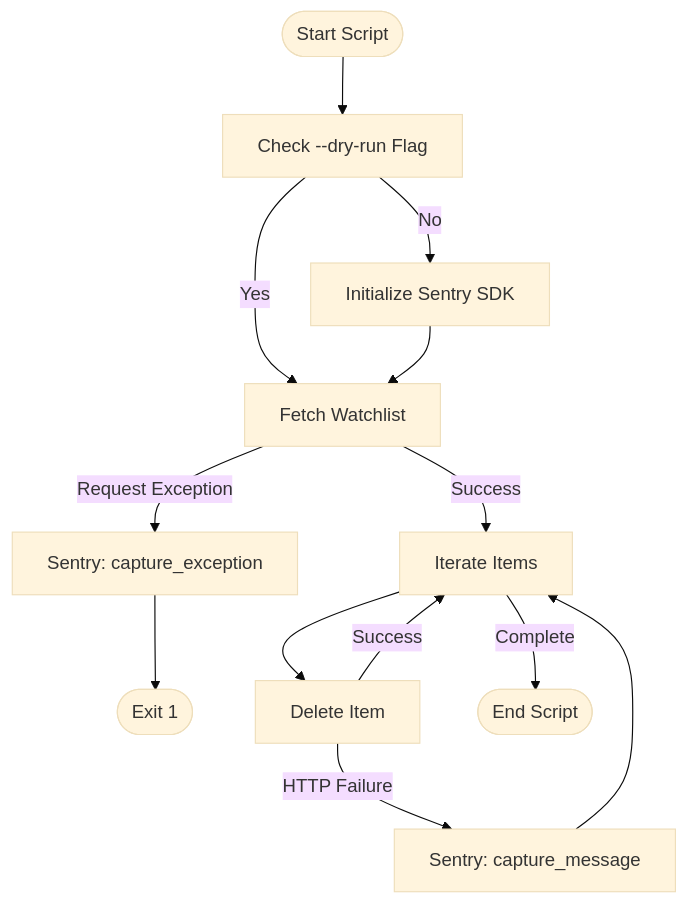
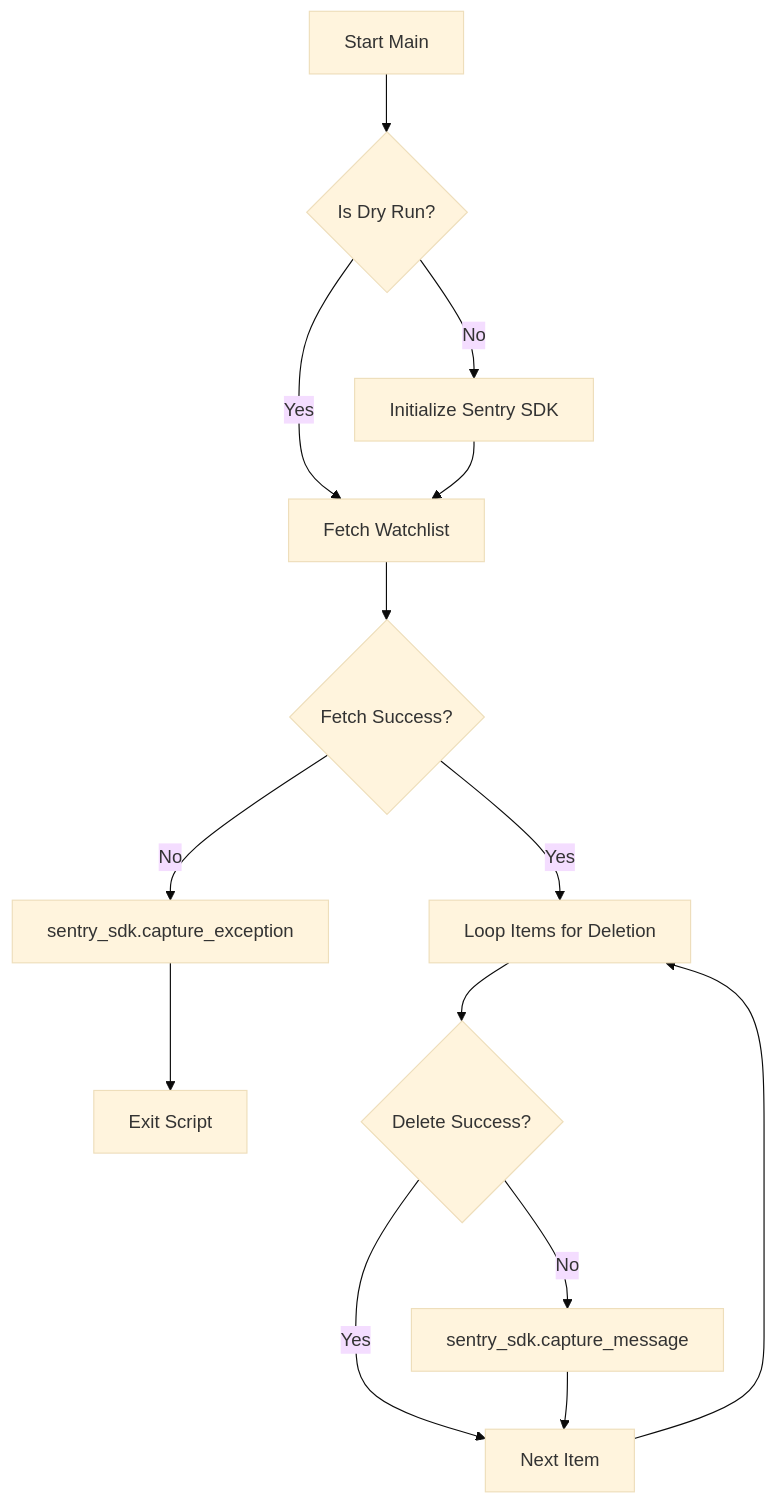
The diagram in .cubic/wiki/04-sec-config/03-page-sentry.md (Avkroken/Docker-idempotent-update), drawn with Mermaid (base theme) before and after one commit. The commit also changed other lines of this file and 42 other files, not shown here.

````diff
--- a/.cubic/wiki/04-sec-config/03-page-sentry.md
+++ b/.cubic/wiki/04-sec-config/03-page-sentry.md
@@ -79,18 +63,18 @@
 ```mermaid
 flowchart TD
-    Start([Start Script]) --> CheckDry[Check --dry-run Flag]
-    CheckDry -- No --> InitSentry[Initialize Sentry SDK]
-    CheckDry -- Yes --> FetchList[Fetch Watchlist]
-    InitSentry --> FetchList
+    Start[Start Main] --> DryRun{Is Dry Run?}
+    DryRun -- Yes --> Fetch[Fetch Watchlist]
+    DryRun -- No --> InitSentry[Initialize Sentry SDK]
+    InitSentry --> Fetch
     
-    FetchList -- Request Exception --> CaptureExc[Sentry: capture_exception]
-    CaptureExc --> Exit([Exit 1])
+    Fetch --> SuccessFetch{Fetch Success?}
+    SuccessFetch -- No --> CaptureExc[sentry_sdk.capture_exception]
+    CaptureExc --> Exit[Exit Script]
     
-    FetchList -- Success --> Loop[Iterate Items]
-    Loop --> Delete[Delete Item]
-    
-    Delete -- HTTP Failure --> CaptureMsg[Sentry: capture_message]
-    CaptureMsg --> Loop
-    Delete -- Success --> Loop
-    Loop -- Complete --> Done([End Script])
+    SuccessFetch -- Yes --> Loop[Loop Items for Deletion]
+    Loop --> Delete{Delete Success?}
+    Delete -- No --> CaptureMsg[sentry_sdk.capture_message]
+    Delete -- Yes --> Next[Next Item]
+    CaptureMsg --> Next
+    Next --> Loop
 ```
````
